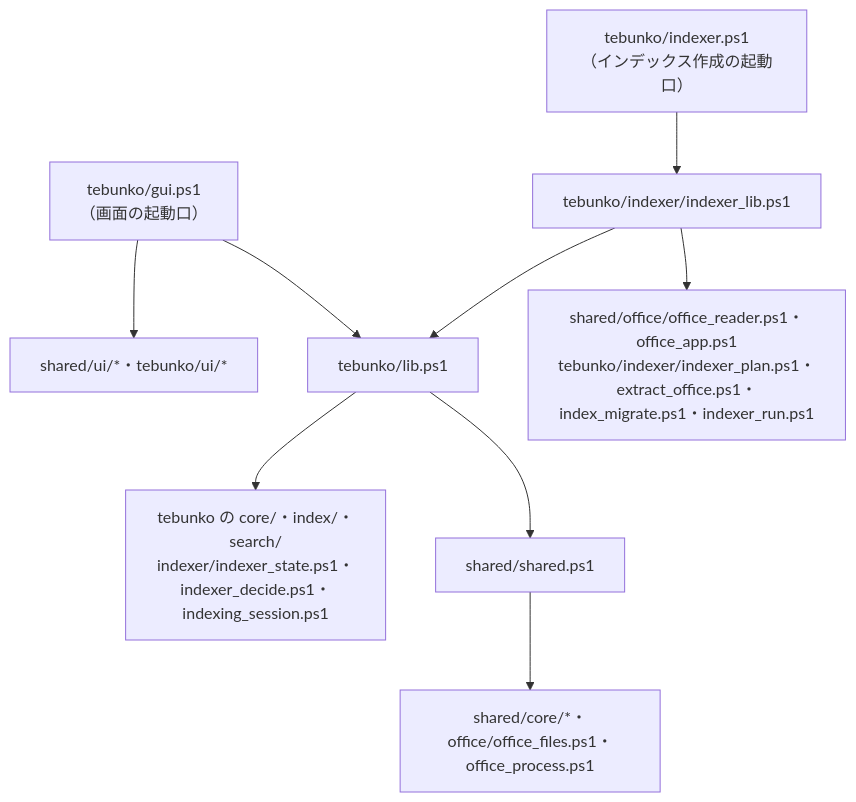
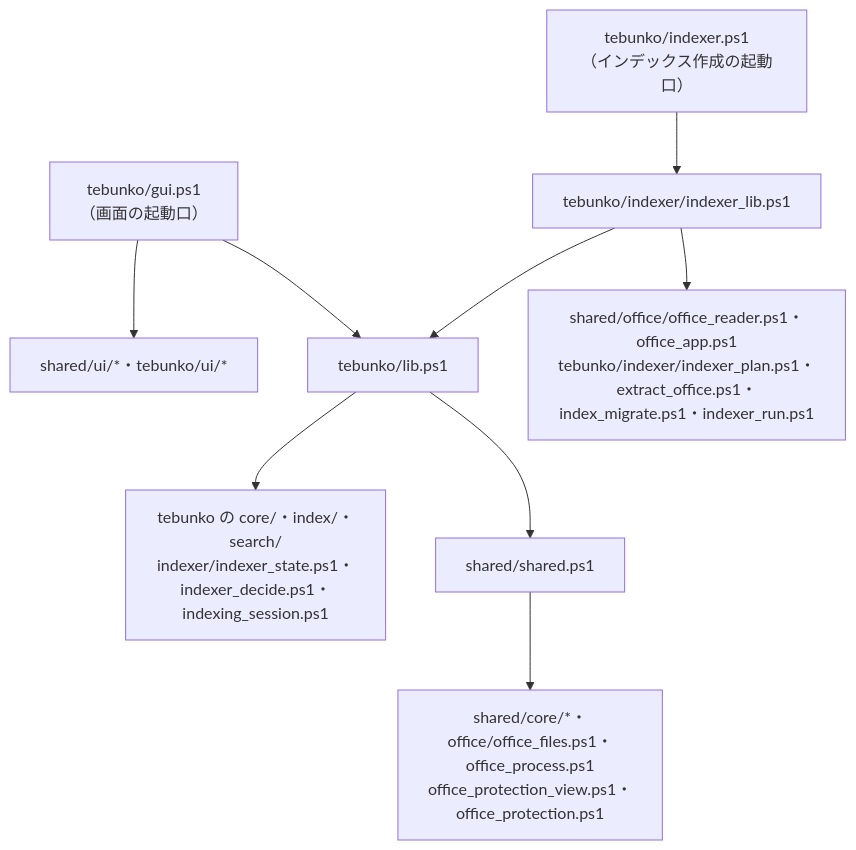
Before and after one commit to hsgwa/tebunko: the diagram in docs/design/structure/source.md, drawn with Mermaid. The commit also changed other lines of this file and 14 other files, not shown here.

````diff
--- a/docs/design/structure/source.md
+++ b/docs/design/structure/source.md
@@ -43,11 +43,11 @@
 ```mermaid
 flowchart TD
     GUI["tebunko/gui.ps1<br>（画面の起動口）"] --> LIB
     IDX["tebunko/indexer.ps1<br>（インデックス作成の起動口）"]
     GUI --> UI["shared/ui/*・tebunko/ui/*"]
     IDX --> IXL["tebunko/indexer/indexer_lib.ps1"] --> IXO["shared/office/office_reader.ps1・office_app.ps1<br>tebunko/indexer/indexer_plan.ps1・extract_office.ps1・index_migrate.ps1・indexer_run.ps1"]
     IXL --> LIB
     LIB["tebunko/lib.ps1"] --> SH["shared/shared.ps1"]
     LIB --> TG["tebunko の core/・index/・search/<br>indexer/indexer_state.ps1・indexer_decide.ps1・indexing_session.ps1"]
-    SH --> SC["shared/core/*・office/office_files.ps1・office_process.ps1"]
+    SH --> SC["shared/core/*・office/office_files.ps1・office_process.ps1<br>office_protection_view.ps1・office_protection.ps1"]
 ```
````
